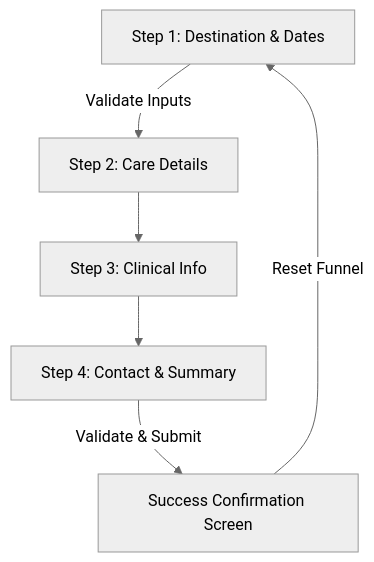
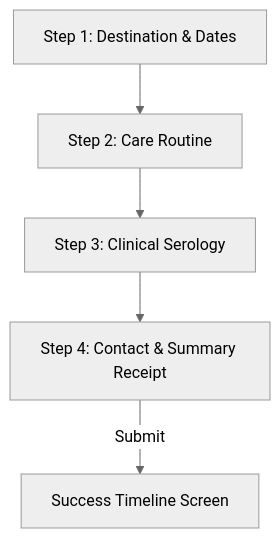
Before and after one commit to gsumithub/dialysis-on-going: the first of 2 diagrams in README.md, drawn with Mermaid (neutral theme). The commit also changed other lines of this file, not shown here.

````diff
--- a/README.md
+++ b/README.md
@@ -26,8 +23,7 @@
 ```mermaid
 graph TD
-    A[Step 1: Destination & Dates] -->|Validate Inputs| B[Step 2: Care Details]
-    B --> C[Step 3: Clinical Info]
-    C --> D[Step 4: Contact & Summary]
-    D -->|Validate & Submit| E[Success Confirmation Screen]
-    E -->|Reset Funnel| A
+    A[Step 1: Destination & Dates] --> B[Step 2: Care Routine]
+    B --> C[Step 3: Clinical Serology]
+    C --> D[Step 4: Contact & Summary Receipt]
+    D -->|Submit| E[Success Timeline Screen]
 ```
````
